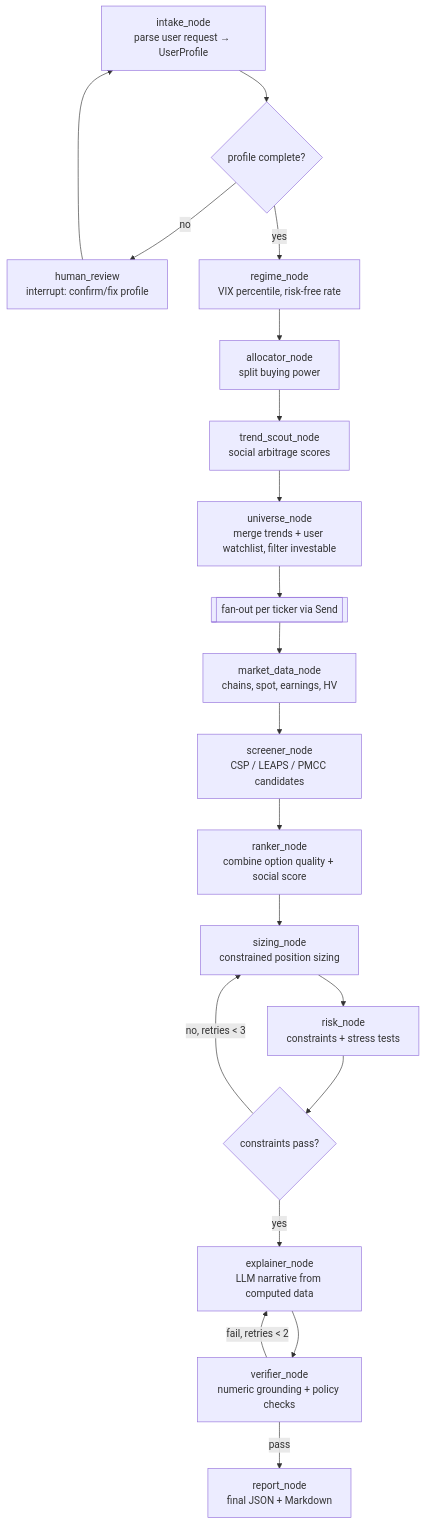
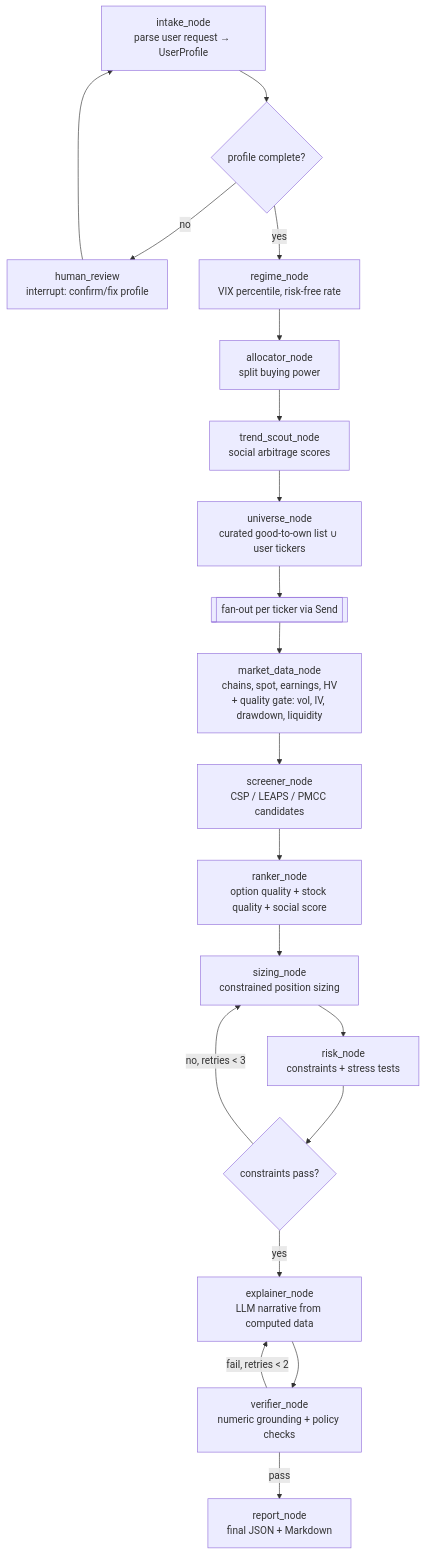
One commit to SachiK0thari/options-scout-ai changed the diagram in README.md. Above: the diagram before and after it, drawn with Mermaid. The commit also changed other lines of this file and 44 other files, not shown here.

````diff
--- a/README.md
+++ b/README.md
@@ -28,22 +33,22 @@
 ```mermaid
 flowchart TD
     A[intake_node<br/>parse user request → UserProfile] --> B{profile complete?}
     B -- no --> H[human_review<br/>interrupt: confirm/fix profile]
     H --> A
     B -- yes --> C[regime_node<br/>VIX percentile, risk-free rate]
     C --> D[allocator_node<br/>split buying power]
     D --> E[trend_scout_node<br/>social arbitrage scores]
-    E --> F[universe_node<br/>merge trends + user watchlist, filter investable]
+    E --> F[universe_node<br/>curated good-to-own list ∪ user tickers]
     F --> G[[fan-out per ticker via Send]]
-    G --> I[market_data_node<br/>chains, spot, earnings, HV]
+    G --> I[market_data_node<br/>chains, spot, earnings, HV<br/>+ quality gate: vol, IV, drawdown, liquidity]
     I --> J[screener_node<br/>CSP / LEAPS / PMCC candidates]
-    J --> K[ranker_node<br/>combine option quality + social score]
+    J --> K[ranker_node<br/>option quality + stock quality + social score]
     K --> L[sizing_node<br/>constrained position sizing]
     L --> M[risk_node<br/>constraints + stress tests]
     M --> N{constraints pass?}
     N -- no, retries < 3 --> L
     N -- yes --> O[explainer_node<br/>LLM narrative from computed data]
     O --> P[verifier_node<br/>numeric grounding + policy checks]
     P -- fail, retries < 2 --> O
     P -- pass --> Q[report_node<br/>final JSON + Markdown]
 ```
````
